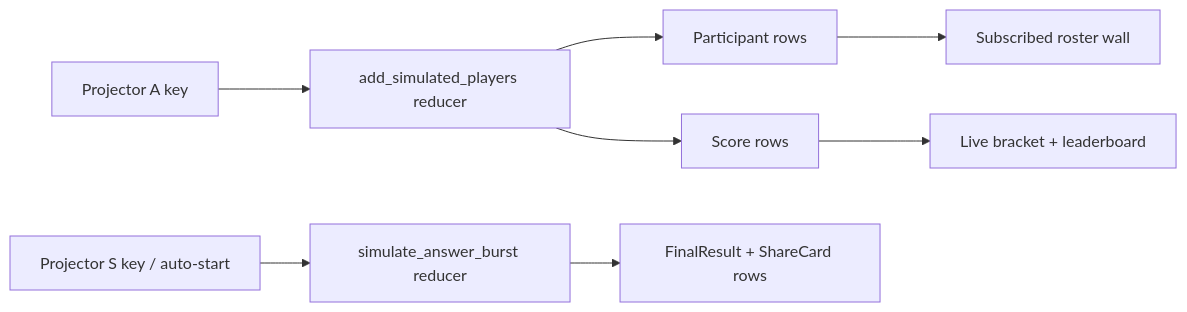
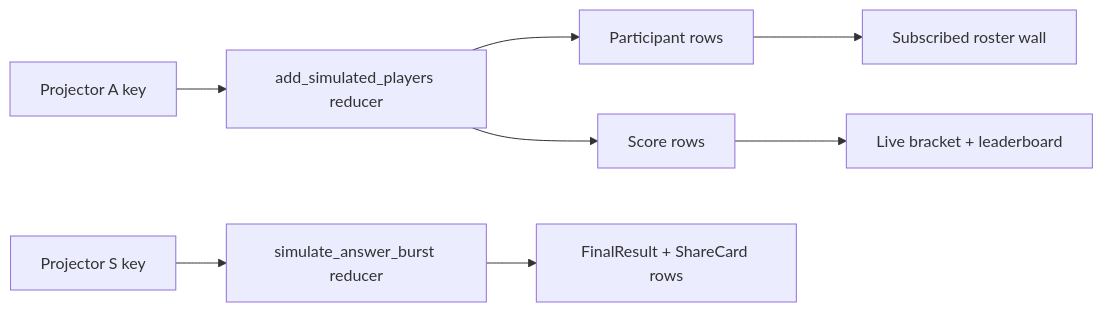
Before and after one commit to roshaninfordham/quizel: the first of 3 diagrams in docs/realtime-demo-runbook.md, drawn with Mermaid. The commit also changed other lines of this file and 15 other files, not shown here.

````diff
--- a/docs/realtime-demo-runbook.md
+++ b/docs/realtime-demo-runbook.md
@@ -46,10 +46,10 @@
 ```mermaid
 flowchart LR
     Key[Projector A key] --> Reducer[add_simulated_players reducer]
     Reducer --> Participant[Participant rows]
     Reducer --> Score[Score rows]
     Participant --> Projector[Subscribed roster wall]
     Score --> Bracket[Live bracket + leaderboard]
-    Start[Projector S key / auto-start] --> Answers[simulate_answer_burst reducer]
+    Start[Projector S key] --> Answers[simulate_answer_burst reducer]
     Answers --> Final[FinalResult + ShareCard rows]
 ```
````
